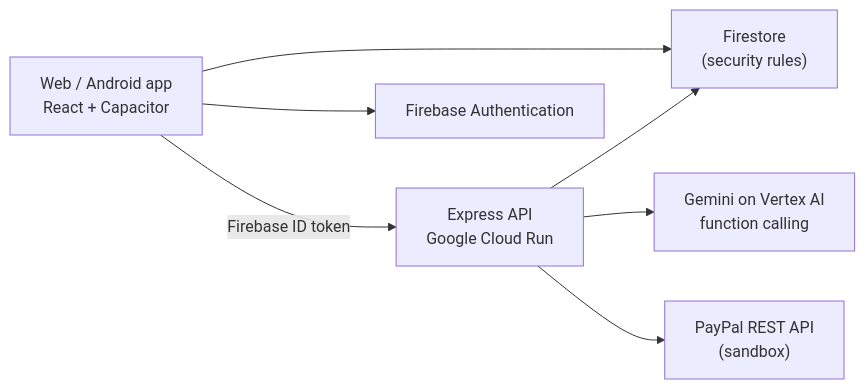
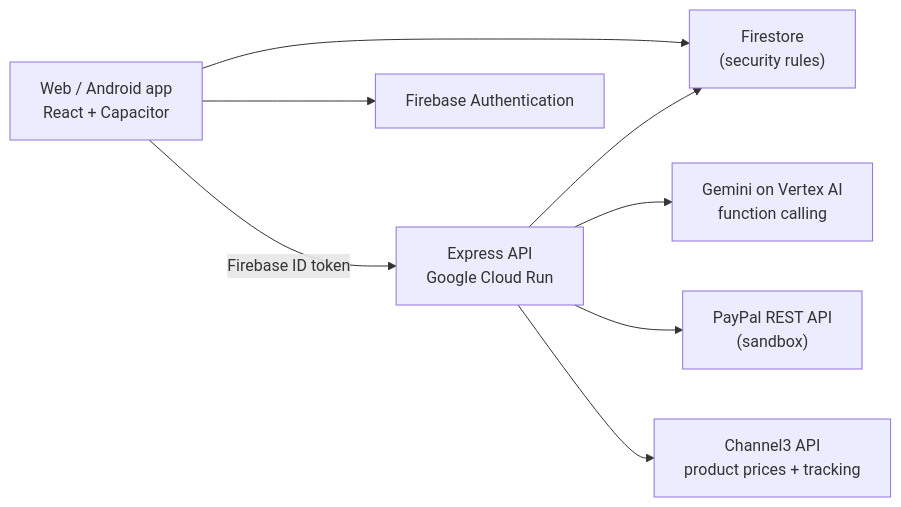
Before and after one commit to lovettemancho-hue/Kova-Finance-kova-hackathon: the diagram in README.md, drawn with Mermaid. The commit also changed other lines of this file and 39 other files, not shown here.

Commit message:
Add Channel3: real product prices for 'Can I afford this?' and a price watch on 'I'll wait'

````diff
--- a/README.md
+++ b/README.md
@@ -25,9 +30,10 @@
 ```mermaid
 flowchart LR
   App["Web / Android app<br/>React + Capacitor"] -->|"Firebase ID token"| API["Express API<br/>Google Cloud Run"]
   App --> Auth["Firebase Authentication"]
   App --> DB["Firestore<br/>(security rules)"]
   API --> DB
   API --> Gemini["Gemini on Vertex AI<br/>function calling"]
   API --> PayPal["PayPal REST API<br/>(sandbox)"]
+  API --> C3["Channel3 API<br/>product prices + tracking"]
 ```
````
